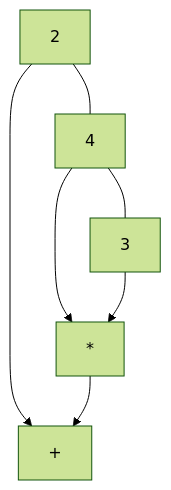
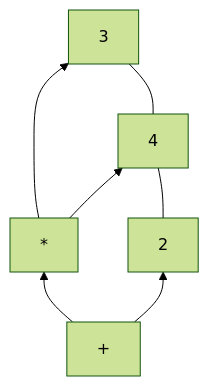
Before and after one commit to jecki/logicConverter: the first of 2 diagrams in Parsing_the_Principia.md, drawn with Mermaid (forest theme).

````diff
--- a/Parsing_the_Principia.md
+++ b/Parsing_the_Principia.md
@@ -47,13 +47,16 @@
 ```mermaid
-graph TD
-    D["2"] --> B["+"]
+graph BT
+    plus["+"] 
+    times["*"]
+    two["2"]
+    four["4"]
+    three["3"]
 
-    E["4"] --> C["*"]
+    plus --> two
+    plus --> times
+    times --> four
+    times --> three
 
-    F["3"] --> C["*"]
-
-    C["*"] --> B["+"]
-
-    %% Arrange numbers on one line
-    D --- E --- F
+    %% Hint to keep the numbers on one horizontal line
+    two --- four --- three
 ```
````
